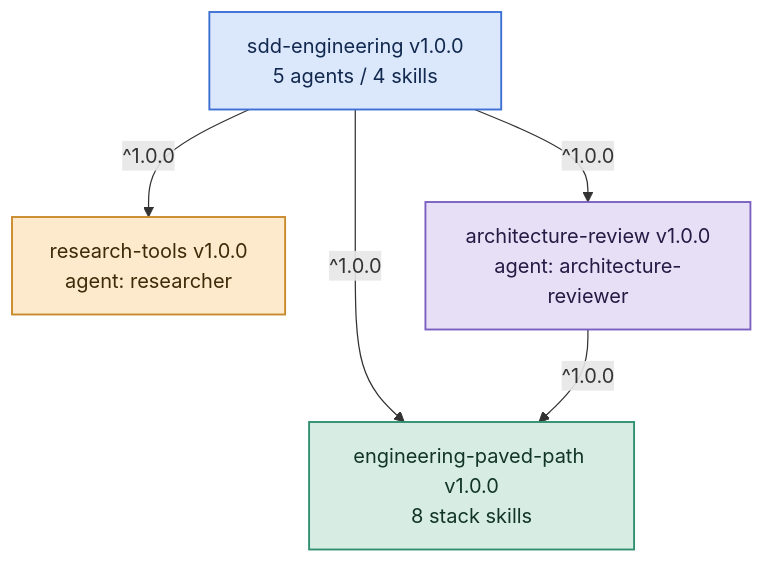
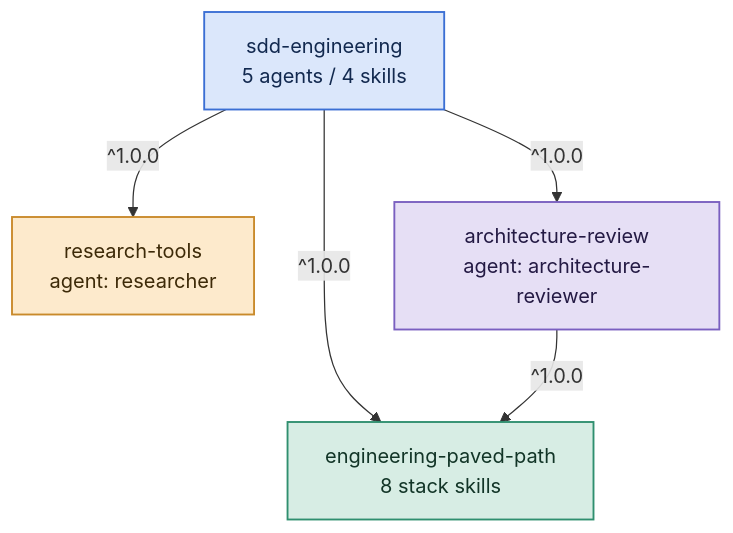
Before and after one commit to SyukPublic/ai-dev-toolkit: the first of 2 diagrams in docs/DEPENDENCIES.md, drawn with Mermaid. The commit also changed other lines of this file, not shown here.

````diff
--- a/docs/DEPENDENCIES.md
+++ b/docs/DEPENDENCIES.md
@@ -12,21 +12,21 @@
 ```mermaid
 flowchart TD
-  SDD["sdd-engineering v1.0.0<br/>5 agents / 4 skills"]
-  EPP["engineering-paved-path v1.0.0<br/>8 stack skills"]
-  RT["research-tools v1.0.0<br/>agent: researcher"]
-  AR["architecture-review v1.0.0<br/>agent: architecture-reviewer"]
+  SDD["sdd-engineering<br/>5 agents / 4 skills"]
+  EPP["engineering-paved-path<br/>8 stack skills"]
+  RT["research-tools<br/>agent: researcher"]
+  AR["architecture-review<br/>agent: architecture-reviewer"]
 
   SDD -->|"^1.0.0"| EPP
   SDD -->|"^1.0.0"| RT
   SDD -->|"^1.0.0"| AR
   AR  -->|"^1.0.0"| EPP
 
   classDef sdd fill:#dbe7fb,stroke:#3b6fd4,color:#12294f,stroke-width:1.5px;
   classDef epp fill:#d7ede4,stroke:#2f8f6f,color:#123527,stroke-width:1.5px;
   classDef rt  fill:#fdeacc,stroke:#c98a2b,color:#3d2a08,stroke-width:1.5px;
   classDef ar  fill:#e6dff5,stroke:#7a5fc0,color:#241a44,stroke-width:1.5px;
   class SDD sdd
   class EPP epp
   class RT rt
   class AR ar
 ```
````
